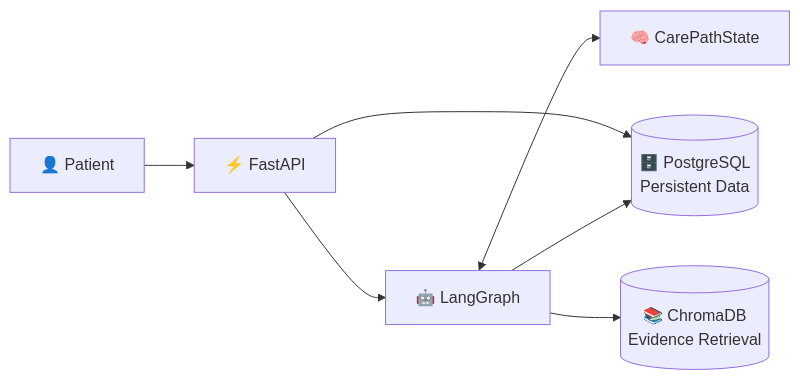
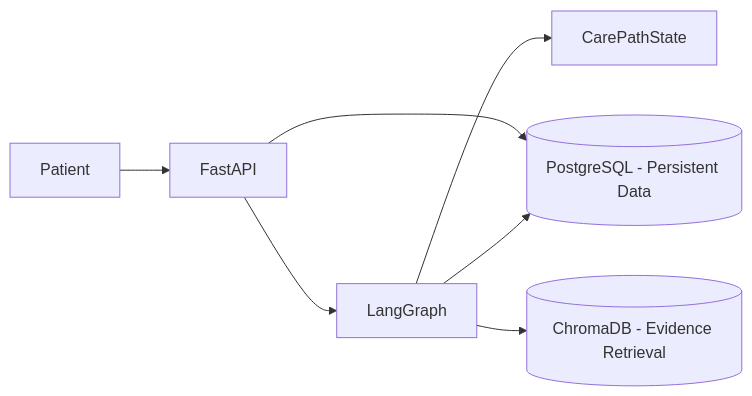
The tenth of 16 diagrams in README.md (IlIGODIlI/CarePath-AI), drawn with Mermaid before and after one commit. The commit also changed other lines of this file, not shown here.

````diff
--- a/README.md
+++ b/README.md
@@ -905,26 +930,26 @@
 ```mermaid
 flowchart LR
 
-    PATIENT["👤 Patient"]
+ PATIENT["Patient"]
 
-    API["⚡ FastAPI"]
+ API["FastAPI"]
 
-    GRAPH["🤖 LangGraph"]
+ GRAPH["LangGraph"]
 
-    STATE["🧠 CarePathState"]
+ STATE["CarePathState"]
 
-    POSTGRES[("🗄️ PostgreSQL<br/>Persistent Data")]
+ POSTGRES[("PostgreSQL - Persistent Data")]
 
-    VECTOR[("📚 ChromaDB<br/>Evidence Retrieval")]
+ VECTOR[("ChromaDB - Evidence Retrieval")]
 
-    PATIENT --> API
+ PATIENT --> API
 
-    API --> GRAPH
+ API --> GRAPH
 
-    GRAPH <--> STATE
+ GRAPH --> STATE
 
-    API --> POSTGRES
-    GRAPH --> POSTGRES
+ API --> POSTGRES
+ GRAPH --> POSTGRES
 
-    GRAPH --> VECTOR
+ GRAPH --> VECTOR
 ```
````
